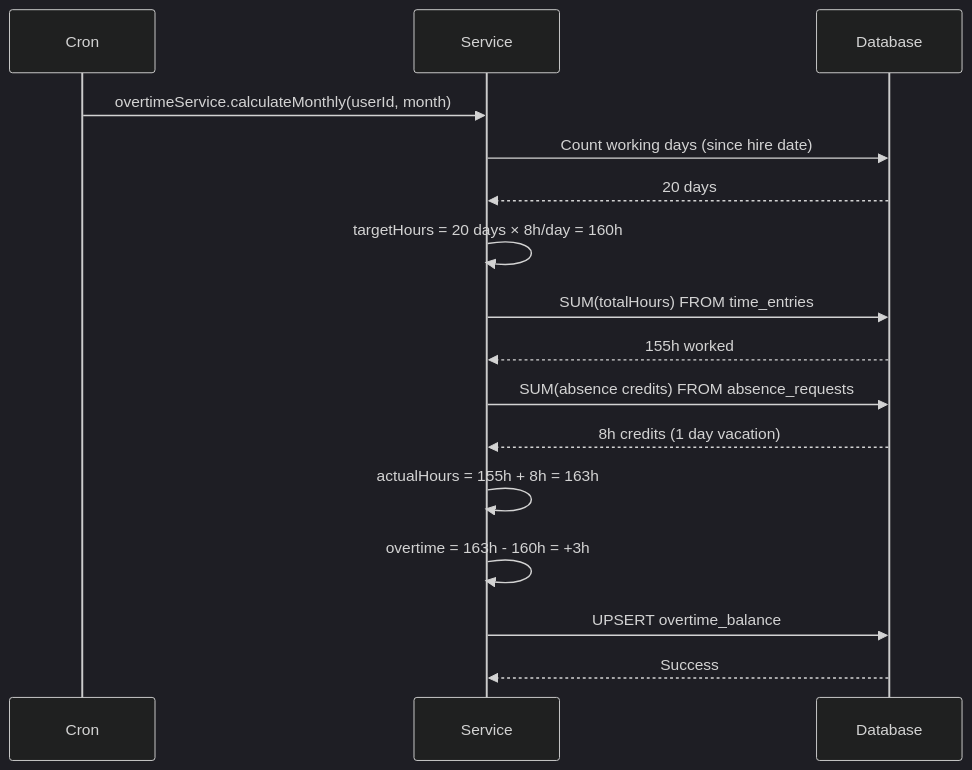
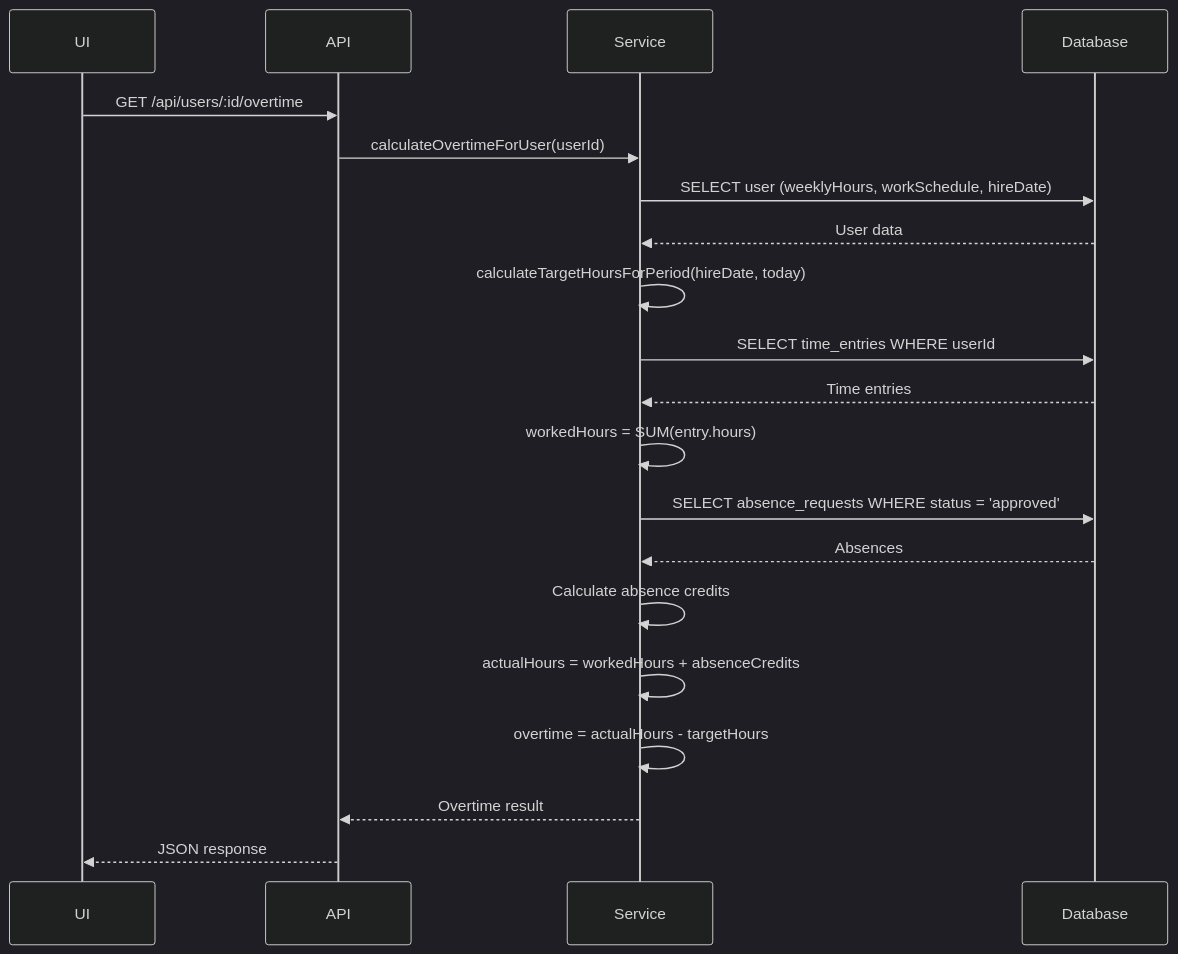
Before and after one commit to Maxwellbadger-1/TimeTracking-Clean: the eighth of 10 diagrams in ARCHITECTURE.md, drawn with Mermaid (dark theme). The commit also changed other lines of this file and 6 other files, not shown here.

````diff
--- a/ARCHITECTURE.md
+++ b/ARCHITECTURE.md
@@ -514,19 +522,23 @@
 ```mermaid
 sequenceDiagram
-    participant Cron
+    participant UI
+    participant API
     participant Service
     participant Database
 
-    Cron->>Service: overtimeService.calculateMonthly(userId, month)
-    Service->>Database: Count working days (since hire date)
-    Database-->>Service: 20 days
-    Service->>Service: targetHours = 20 days × 8h/day = 160h
-    Service->>Database: SUM(totalHours) FROM time_entries
-    Database-->>Service: 155h worked
-    Service->>Database: SUM(absence credits) FROM absence_requests
-    Database-->>Service: 8h credits (1 day vacation)
-    Service->>Service: actualHours = 155h + 8h = 163h
-    Service->>Service: overtime = 163h - 160h = +3h
-    Service->>Database: UPSERT overtime_balance
-    Database-->>Service: Success
+    UI->>API: GET /api/users/:id/overtime
+    API->>Service: calculateOvertimeForUser(userId)
+    Service->>Database: SELECT user (weeklyHours, workSchedule, hireDate)
+    Database-->>Service: User data
+    Service->>Service: calculateTargetHoursForPeriod(hireDate, today)
+    Service->>Database: SELECT time_entries WHERE userId
+    Database-->>Service: Time entries
+    Service->>Service: workedHours = SUM(entry.hours)
+    Service->>Database: SELECT absence_requests WHERE status = 'approved'
+    Database-->>Service: Absences
+    Service->>Service: Calculate absence credits
+    Service->>Service: actualHours = workedHours + absenceCredits
+    Service->>Service: overtime = actualHours - targetHours
+    Service-->>API: Overtime result
+    API-->>UI: JSON response
 ```
````
